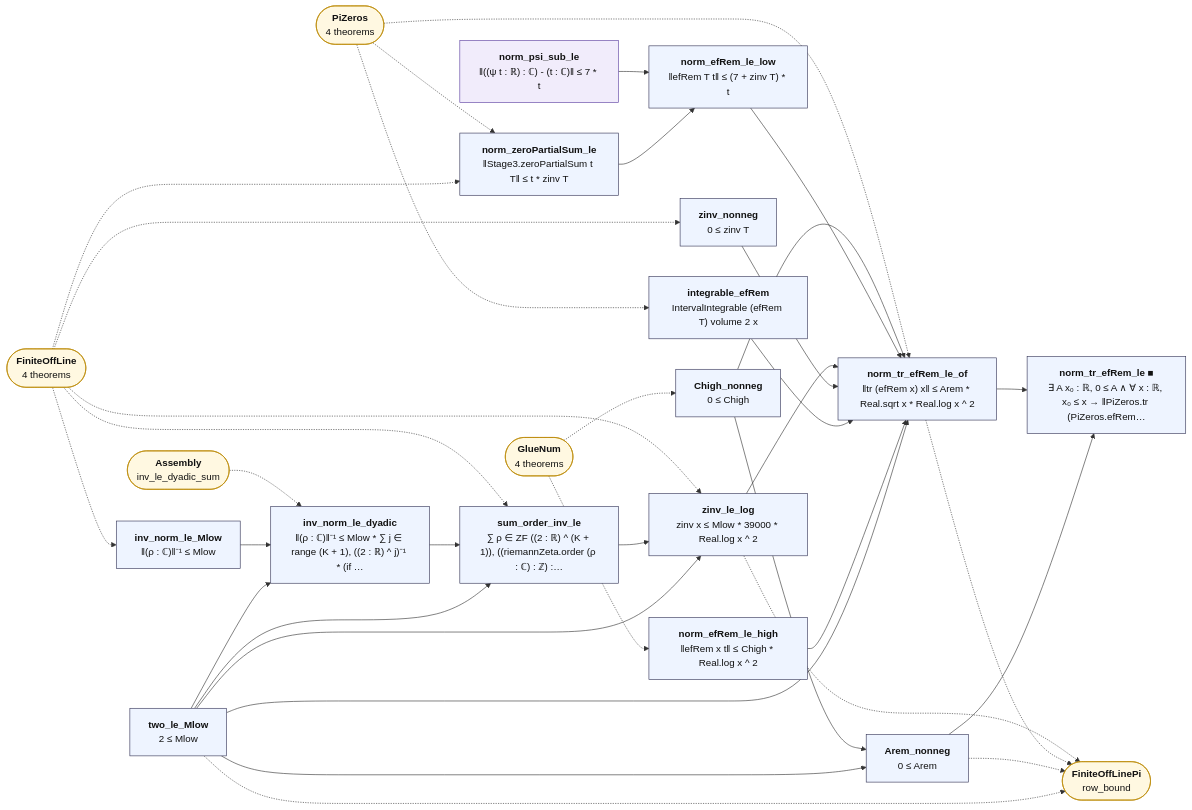
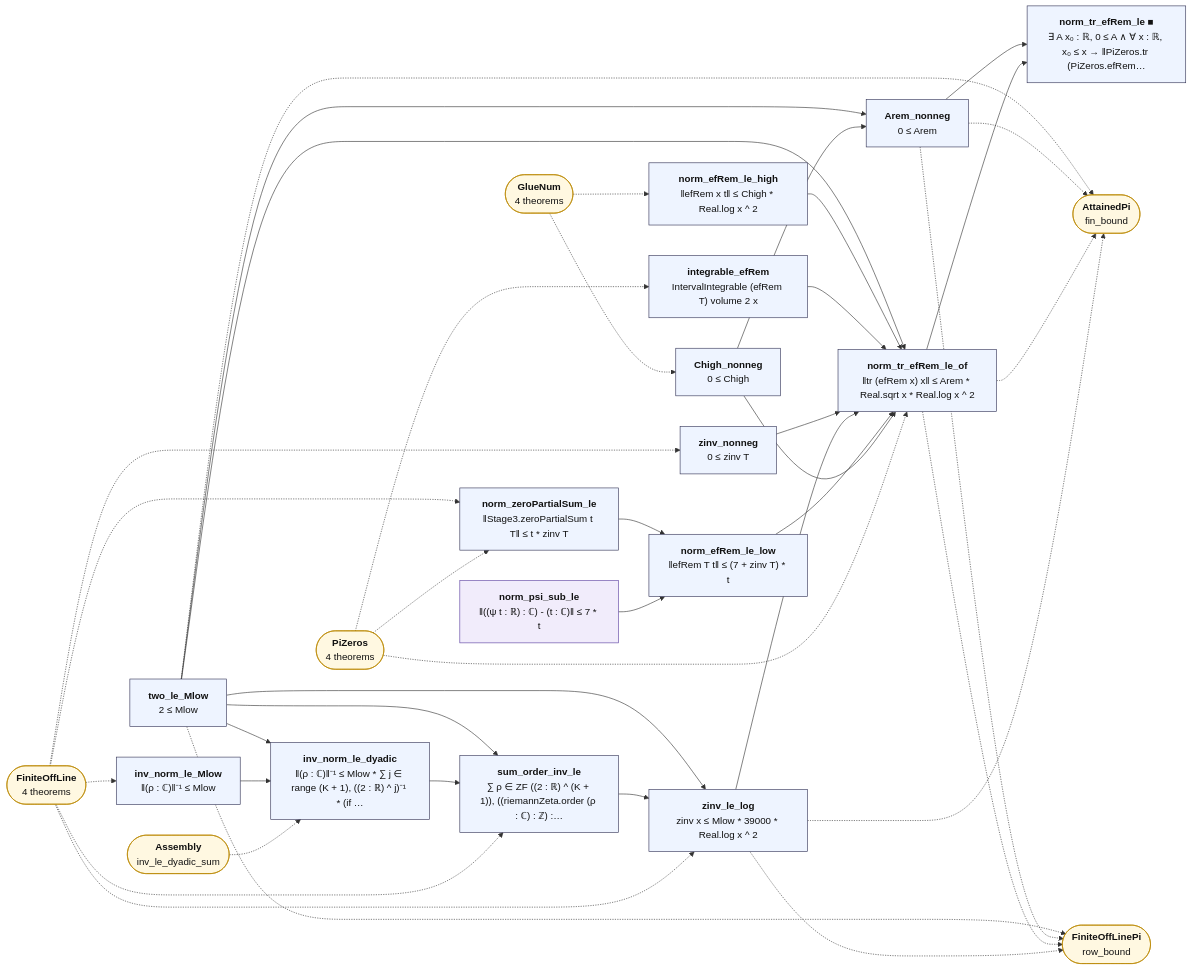
The diagram in map/lean_stage3/PiRemainder.md (juliansambranojr/Primebeat_081426), drawn with Mermaid before and after one commit. The commit also changed other lines of this file and 50 other files, not shown here.

First line of the commit message:
C7: joint 10 on the count when the largest real part of the zeros is attained (unit 0456)

````diff
--- a/map/lean_stage3/PiRemainder.md
+++ b/map/lean_stage3/PiRemainder.md
@@ -12,65 +12,70 @@
 ```mermaid
 flowchart LR
   n0["<b>two_le_Mlow</b><br/>2 ≤ Mlow"]:::thm
   n1["<b>inv_norm_le_Mlow</b><br/>‖(ρ : ℂ)‖⁻¹ ≤ Mlow"]:::thm
   n2["<b>inv_norm_le_dyadic</b><br/>‖(ρ : ℂ)‖⁻¹ ≤ Mlow * ∑ j ∈ range (K + 1), ((2 : ℝ) ^ j)⁻¹ * (if …"]:::thm
   n3["<b>sum_order_inv_le</b><br/>∑ ρ ∈ ZF ((2 : ℝ) ^ (K + 1)), ((riemannZeta.order (ρ : ℂ) : ℤ) :…"]:::thm
   n4["<b>zinv_nonneg</b><br/>0 ≤ zinv T"]:::thm
   n5["<b>zinv_le_log</b><br/>zinv x ≤ Mlow * 39000 * Real.log x ^ 2"]:::thm
   n6["<b>norm_zeroPartialSum_le</b><br/>‖Stage3.zeroPartialSum t T‖ ≤ t * zinv T"]:::thm
   n7["<b>norm_psi_sub_le</b><br/>‖((ψ t : ℝ) : ℂ) - (t : ℂ)‖ ≤ 7 * t"]:::shp
   n8["<b>norm_efRem_le_low</b><br/>‖efRem T t‖ ≤ (7 + zinv T) * t"]:::thm
   n9["<b>Chigh_nonneg</b><br/>0 ≤ Chigh"]:::thm
   n10["<b>norm_efRem_le_high</b><br/>‖efRem x t‖ ≤ Chigh * Real.log x ^ 2"]:::thm
   n11["<b>integrable_efRem</b><br/>IntervalIntegrable (efRem T) volume 2 x"]:::thm
   n12["<b>Arem_nonneg</b><br/>0 ≤ Arem"]:::thm
   n13["<b>norm_tr_efRem_le_of</b><br/>‖tr (efRem x) x‖ ≤ Arem * Real.sqrt x * Real.log x ^ 2"]:::thm
   n14["<b>norm_tr_efRem_le ■</b><br/>∃ A x₀ : ℝ, 0 ≤ A ∧ ∀ x : ℝ, x₀ ≤ x → ‖PiZeros.tr (PiZeros.efRem…"]:::thm
-  x0(["<b>FiniteOffLinePi</b><br/>row_bound"]):::ext
-  x1(["<b>FiniteOffLine</b><br/>4 theorems"]):::ext
-  x2(["<b>Assembly</b><br/>inv_le_dyadic_sum"]):::ext
-  x3(["<b>PiZeros</b><br/>4 theorems"]):::ext
-  x4(["<b>GlueNum</b><br/>4 theorems"]):::ext
+  x0(["<b>AttainedPi</b><br/>fin_bound"]):::ext
+  x1(["<b>FiniteOffLinePi</b><br/>row_bound"]):::ext
+  x2(["<b>FiniteOffLine</b><br/>4 theorems"]):::ext
+  x3(["<b>Assembly</b><br/>inv_le_dyadic_sum"]):::ext
+  x4(["<b>PiZeros</b><br/>4 theorems"]):::ext
+  x5(["<b>GlueNum</b><br/>4 theorems"]):::ext
   n0 --> n12
   n0 --> n13
   n0 --> n2
   n0 --> n3
   n0 --> n5
   n1 --> n2
   n10 --> n13
   n11 --> n13
   n12 --> n14
   n13 --> n14
   n2 --> n3
   n3 --> n5
   n4 --> n13
   n5 --> n13
   n6 --> n8
   n7 --> n8
   n8 --> n13
   n9 --> n12
   n9 --> n13
   n0 -.-> x0
+  n0 -.-> x1
   n12 -.-> x0
+  n12 -.-> x1
   n13 -.-> x0
+  n13 -.-> x1
   n5 -.-> x0
-  x1 -.-> n1
-  x1 -.-> n3
-  x1 -.-> n4
-  x1 -.-> n5
-  x1 -.-> n6
-  x2 -.-> n2
-  x3 -.-> n11
-  x3 -.-> n13
-  x3 -.-> n6
-  x4 -.-> n10
-  x4 -.-> n9
+  n5 -.-> x1
+  x2 -.-> n1
+  x2 -.-> n3
+  x2 -.-> n4
+  x2 -.-> n5
+  x2 -.-> n6
+  x3 -.-> n2
+  x4 -.-> n11
+  x4 -.-> n13
+  x4 -.-> n6
+  x5 -.-> n10
+  x5 -.-> n9
   classDef cnt fill:#dff5ec,stroke:#17694a,color:#111
   classDef shp fill:#f1ecfb,stroke:#5b3fa0,color:#111
   classDef rh fill:#ffe5e5,stroke:#c22,color:#111,stroke-width:2px
   classDef thm fill:#eef4ff,stroke:#335,color:#111
   classDef end_ fill:#e7f7e7,stroke:#2a7,color:#111,stroke-width:2px
   classDef lone fill:#fff,stroke:#999,color:#111,stroke-dasharray:4 3
   classDef bad fill:#ffe5e5,stroke:#c22,color:#111,stroke-width:2px
   classDef ext fill:#fff8e1,stroke:#b80,color:#111
 ```
````
